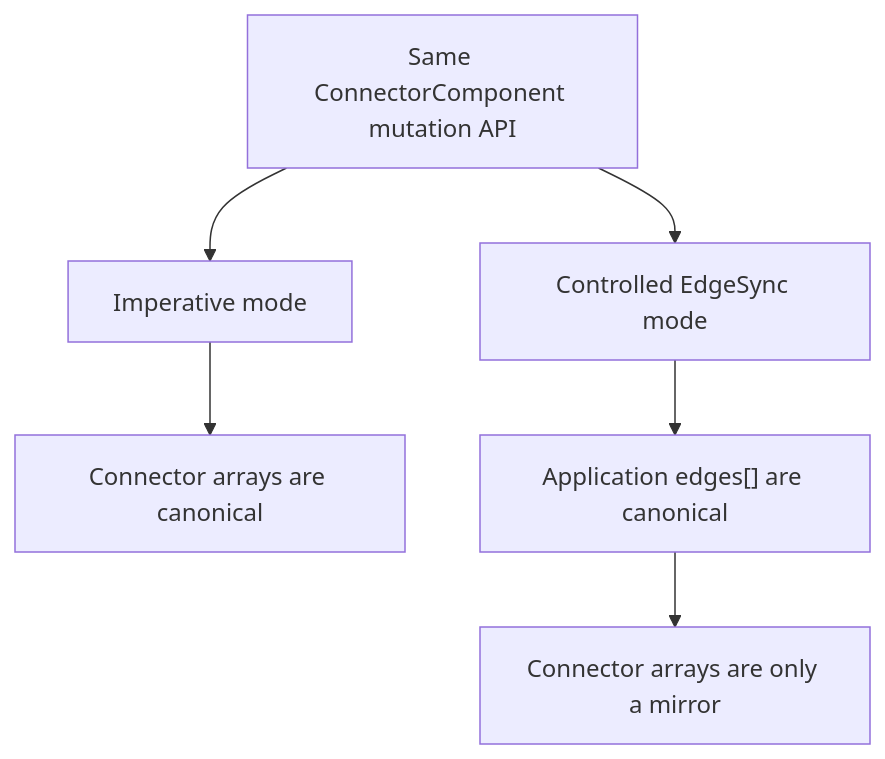
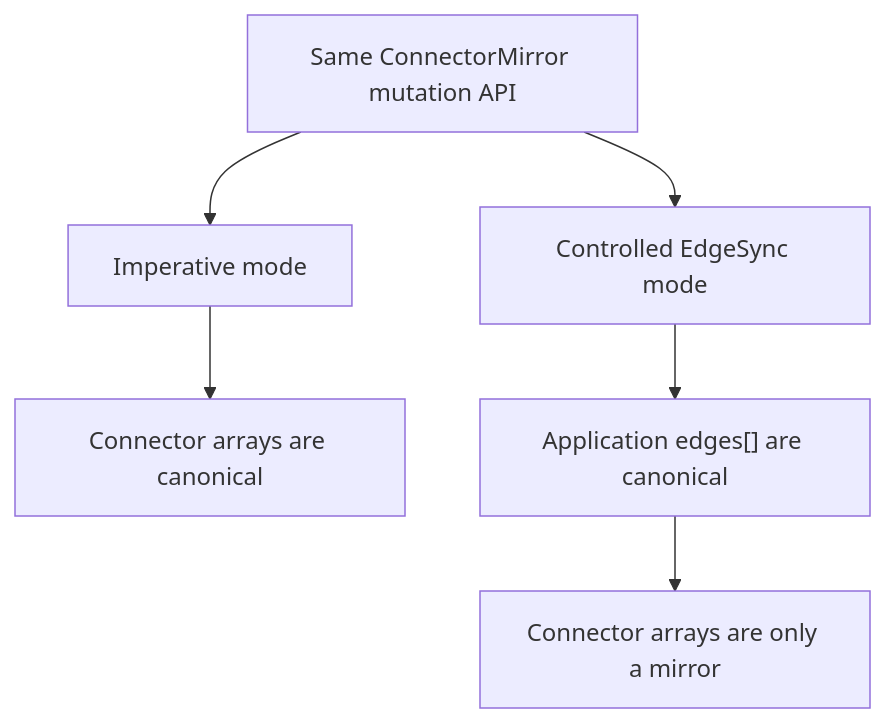
Before and after one commit to tfukaza/SnapLineJS: diagram 11 of 11 in docs/snapline/design/current-architecture.md, drawn with Mermaid. The commit also changed other lines of this file and 44 other files, not shown here.

````diff
--- a/docs/snapline/design/current-architecture.md
+++ b/docs/snapline/design/current-architecture.md
@@ -987,13 +987,13 @@
 ```mermaid
 flowchart TB
-  API["Same ConnectorComponent mutation API"]
+  API["Same ConnectorMirror mutation API"]
   IMP["Imperative mode"]
   CTRL["Controlled EdgeSync mode"]
   TOPO["Connector arrays are canonical"]
   DOC["Application edges[] are canonical"]
   MIRROR["Connector arrays are only a mirror"]
 
   API --> IMP --> TOPO
   API --> CTRL --> DOC
   DOC --> MIRROR
 ```
````
